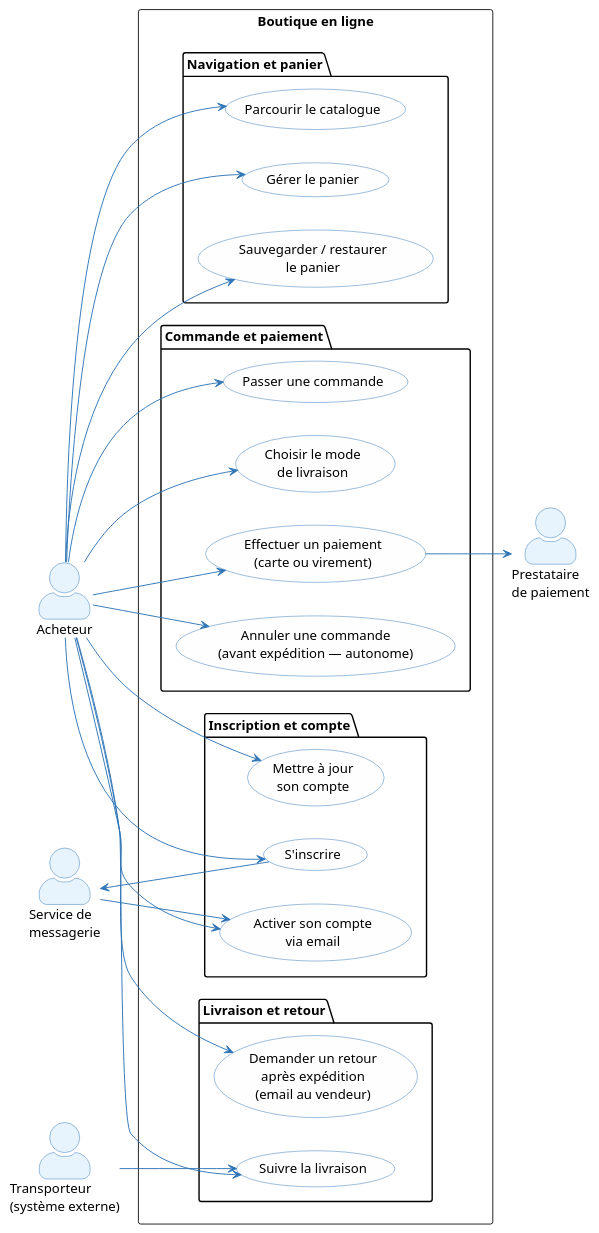
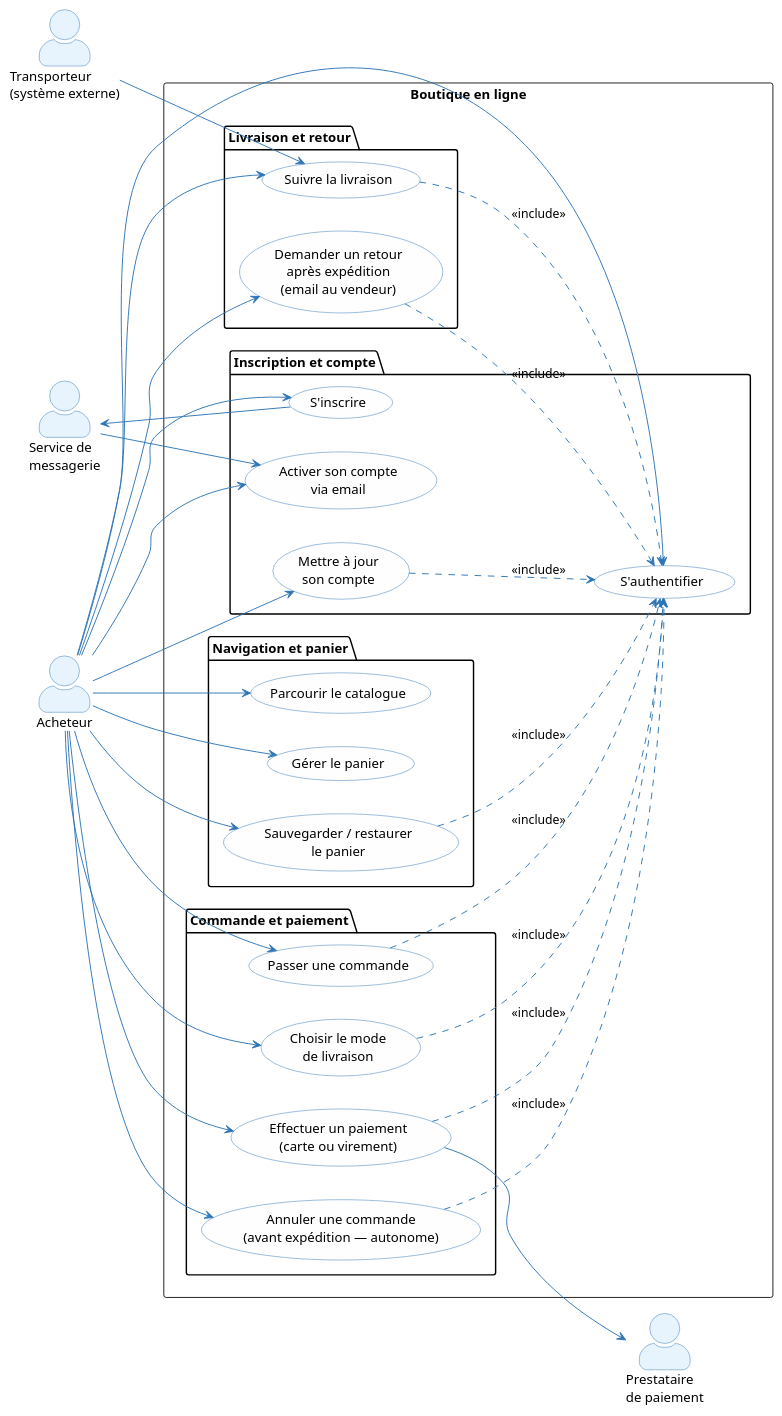
The third of 5 diagrams in architecture/01-operational-analysis/oa.adoc (louistalvande/online_shop), drawn with PlantUML before and after one commit. The commit also changed other lines of this file and 4 other files, not shown here.

```diff
--- a/architecture/01-operational-analysis/oa.adoc
+++ b/architecture/01-operational-analysis/oa.adoc
@@ -167,61 +183,72 @@
 [plantuml, oa-uc-buyer, svg]
 ----
 skinparam actorStyle awesome
 skinparam usecase {
   BackgroundColor #FEFEFE
   BorderColor #2E75B6
   ArrowColor #2E75B6
 }
 skinparam actor {
   BackgroundColor #E8F4FD
   BorderColor #2E75B6
 }
 
 left to right direction
 
 actor "Acheteur" as Buyer
 actor "Service de\nmessagerie" as Mail
 actor "Prestataire\nde paiement" as Payment
 actor "Transporteur\n(système externe)" as Carrier
 
 rectangle "Boutique en ligne" {
   package "Inscription et compte" {
     usecase (S'inscrire) as UC_B0
     usecase (Activer son compte\nvia email) as UC_B0B
+    usecase (S'authentifier) as UC_B_AUTH
     usecase (Mettre à jour\nson compte) as UC_B_ACC
   }
   package "Navigation et panier" {
     usecase (Parcourir le catalogue) as UC_B1
     usecase (Gérer le panier) as UC_B2
     usecase (Sauvegarder / restaurer\nle panier) as UC_B2B
   }
   package "Commande et paiement" {
     usecase (Passer une commande) as UC_B3
     usecase (Choisir le mode\nde livraison) as UC_B4B
     usecase "Effectuer un paiement\n(carte ou virement)" as UC_B4
     usecase "Annuler une commande\n(avant expédition — autonome)" as UC_B6
   }
   package "Livraison et retour" {
     usecase (Suivre la livraison) as UC_B5
     usecase "Demander un retour\naprès expédition\n(email au vendeur)" as UC_B7
   }
 }
 
 Buyer --> UC_B0
 Buyer --> UC_B0B
+Buyer --> UC_B_AUTH
 Buyer --> UC_B_ACC
 Buyer --> UC_B1
 Buyer --> UC_B2
 Buyer --> UC_B2B
 Buyer --> UC_B3
 Buyer --> UC_B4B
 Buyer --> UC_B4
 Buyer --> UC_B5
 Buyer --> UC_B6
 Buyer --> UC_B7
 
+UC_B_ACC ..> UC_B_AUTH : <<include>>
+UC_B2B ..> UC_B_AUTH : <<include>>
+UC_B3 ..> UC_B_AUTH : <<include>>
+UC_B4B ..> UC_B_AUTH : <<include>>
+UC_B4 ..> UC_B_AUTH : <<include>>
+UC_B5 ..> UC_B_AUTH : <<include>>
+UC_B6 ..> UC_B_AUTH : <<include>>
+UC_B7 ..> UC_B_AUTH : <<include>>
+
 UC_B0 --> Mail
 Mail --> UC_B0B
 UC_B4 --> Payment
 Carrier --> UC_B5
 ----
```
